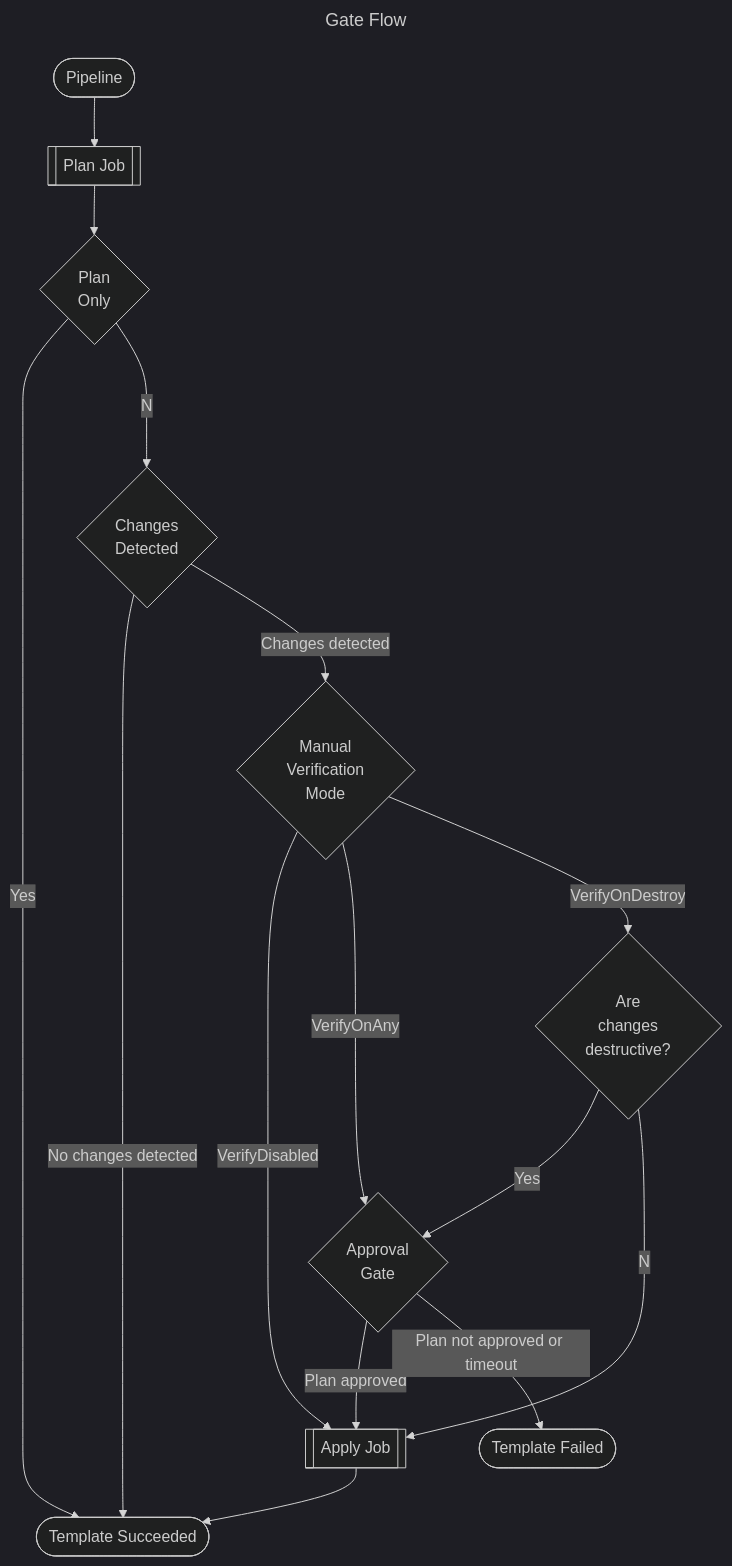
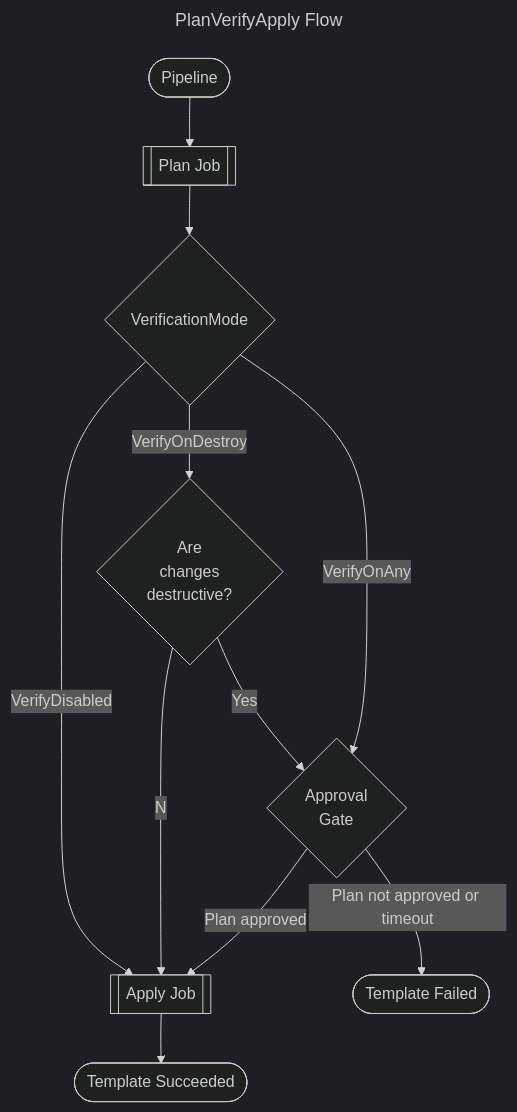
The third of 3 diagrams in docs/user-docs/infrastructure_pipeline_manual_verification.md (UKHO/devops-azdo-yaml-pipeline-templates), drawn with Mermaid (dark theme) before and after one commit. The commit also changed other lines of this file and 27 other files, not shown here.

````diff
--- a/docs/user-docs/infrastructure_pipeline_manual_verification.md
+++ b/docs/user-docs/infrastructure_pipeline_manual_verification.md
@@ -13,31 +65,26 @@
 ```mermaid
 ---
-title: Gate Flow
+title: PlanVerifyApply Flow
 ---
 flowchart TD
     pipeline([Pipeline])
     plan[[Plan Job]]
-    changes{Changes<br>Detected}
-    planOnly{Plan<br>Only}
-    mode{Manual<br>Verification<br>Mode}
+    mode{VerificationMode}
     gate{Approval<br>Gate}
     destroy{Are<br>changes<br>destructive?}
     apply[[Apply Job]]
     succeeded([Template Succeeded])
     failed([Template Failed])
 
     pipeline-->plan
-    plan-->planOnly
-    planOnly--Yes-->succeeded
-    planOnly--No-->changes
-    changes--No changes detected-->succeeded
-    changes--Changes detected-->mode
+    plan-->mode
+
     mode--VerifyDisabled-->apply
+    destroy--Yes-->gate
+    destroy--No-->apply
     mode--VerifyOnAny-->gate
     mode--VerifyOnDestroy-->destroy
-    destroy--Yes-->gate
-    destroy--No-->apply
     gate--Plan approved-->apply
     gate--Plan not approved or timeout-->failed
     apply-->succeeded
 ```
````
